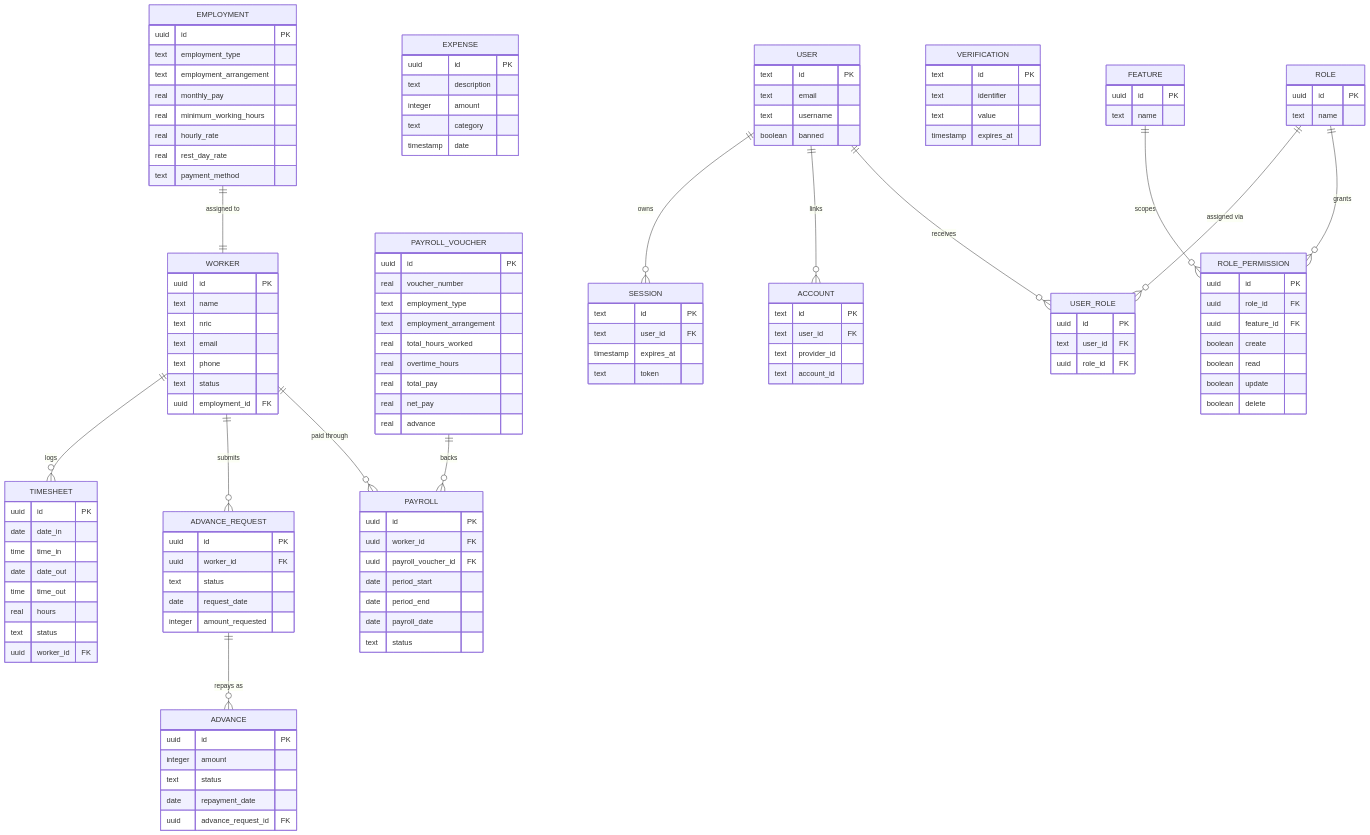
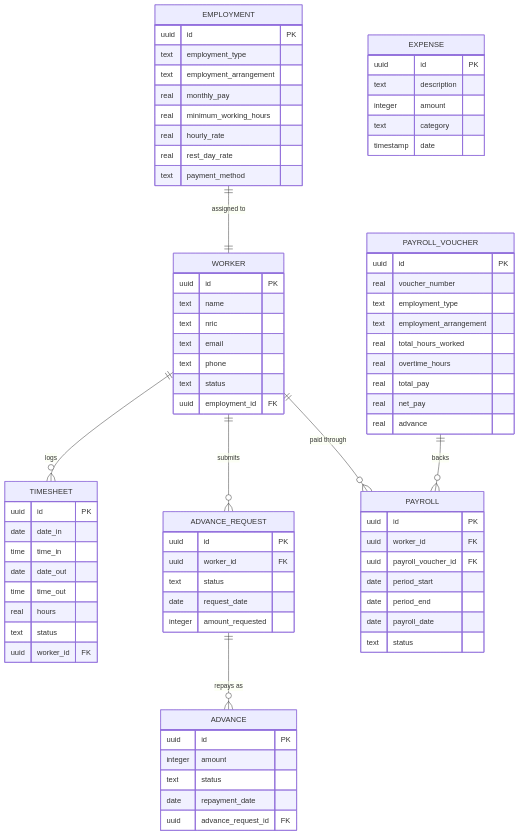
Before and after one commit to daniellim922/One-Laundry-Project-Alpha-v1: the diagram in .codex/docs/data-model-erd.md, drawn with Mermaid. The commit also changed other lines of this file and 7 other files, not shown here.

````diff
--- a/.codex/docs/data-model-erd.md
+++ b/.codex/docs/data-model-erd.md
@@ -84,70 +84,10 @@
         timestamp date
     }
 
-    USER {
-        text id PK
-        text email
-        text username
-        boolean banned
-    }
-
-    SESSION {
-        text id PK
-        text user_id FK
-        timestamp expires_at
-        text token
-    }
-
-    ACCOUNT {
-        text id PK
-        text user_id FK
-        text provider_id
-        text account_id
-    }
-
-    VERIFICATION {
-        text id PK
-        text identifier
-        text value
-        timestamp expires_at
-    }
-
-    FEATURE {
-        uuid id PK
-        text name
-    }
-
-    ROLE {
-        uuid id PK
-        text name
-    }
-
-    ROLE_PERMISSION {
-        uuid id PK
-        uuid role_id FK
-        uuid feature_id FK
-        boolean create
-        boolean read
-        boolean update
-        boolean delete
-    }
-
-    USER_ROLE {
-        uuid id PK
-        text user_id FK
-        uuid role_id FK
-    }
-
     EMPLOYMENT ||--|| WORKER : "assigned to"
     WORKER ||--o{ TIMESHEET : "logs"
     WORKER ||--o{ ADVANCE_REQUEST : "submits"
     ADVANCE_REQUEST ||--o{ ADVANCE : "repays as"
     WORKER ||--o{ PAYROLL : "paid through"
     PAYROLL_VOUCHER ||--o{ PAYROLL : "backs"
-    USER ||--o{ SESSION : "owns"
-    USER ||--o{ ACCOUNT : "links"
-    USER ||--o{ USER_ROLE : "receives"
-    ROLE ||--o{ USER_ROLE : "assigned via"
-    ROLE ||--o{ ROLE_PERMISSION : "grants"
-    FEATURE ||--o{ ROLE_PERMISSION : "scopes"
 ```
````
